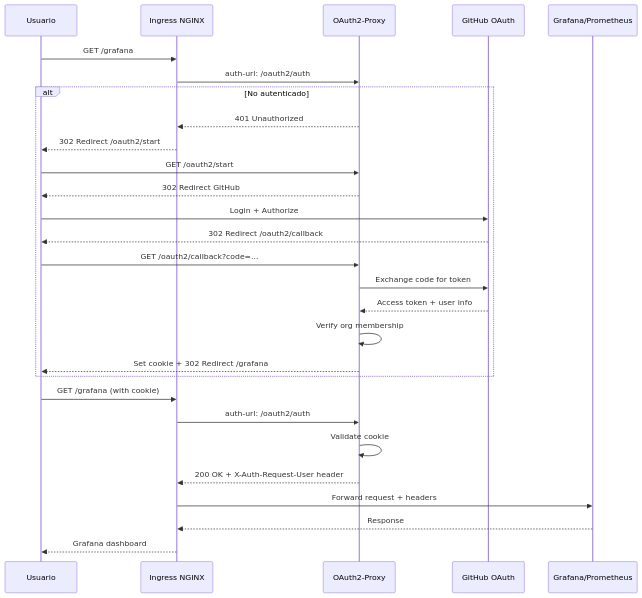
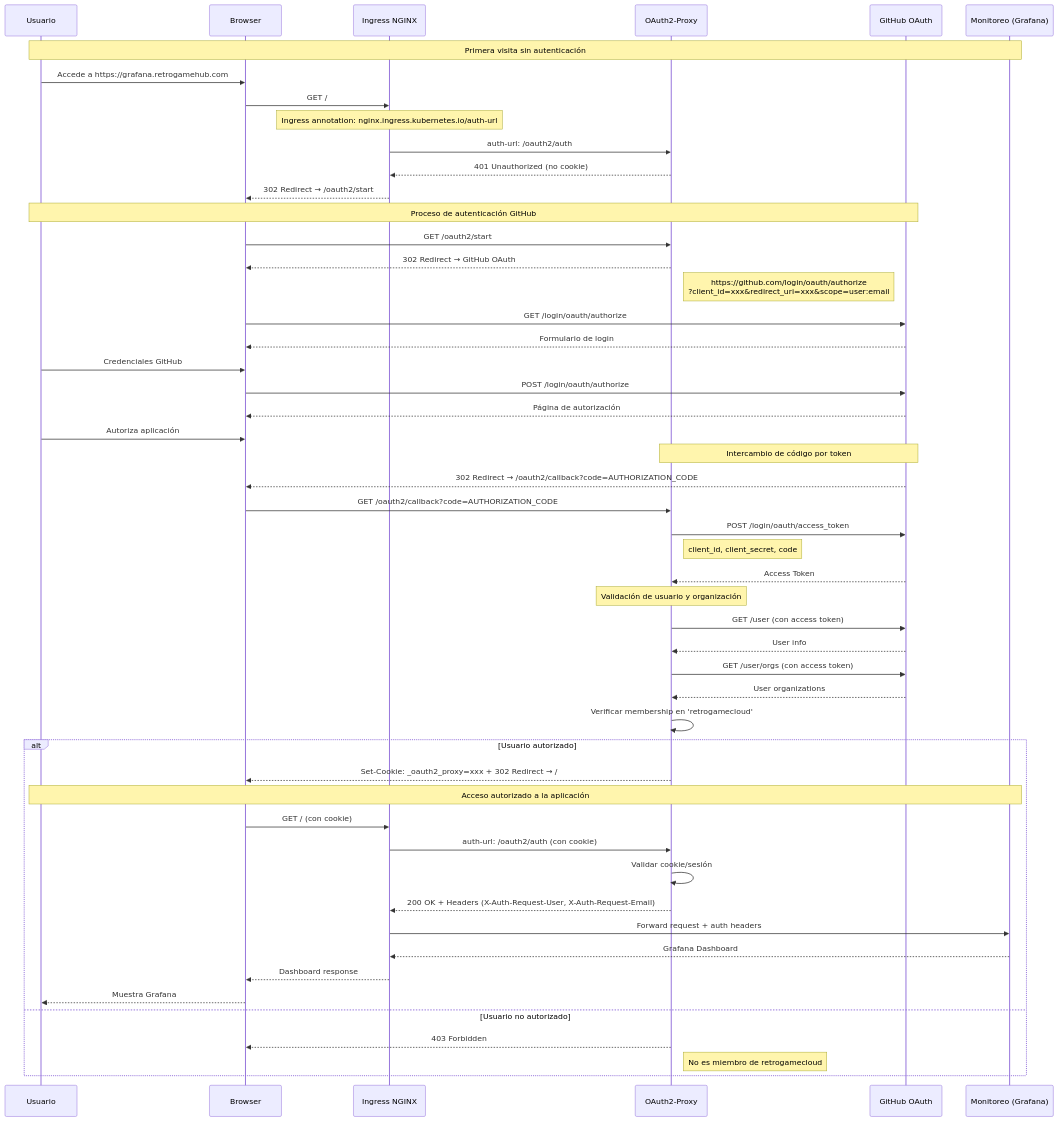
Before and after one commit to retrogamecloud/docs: the first of 2 diagrams in infrastructure/oauth2-authentication.mdx, drawn with Mermaid. The commit also changed other lines of this file and 31 other files, not shown here.

````diff
--- a/infrastructure/oauth2-authentication.mdx
+++ b/infrastructure/oauth2-authentication.mdx
@@ -33,34 +35,64 @@
 ```mermaid
 sequenceDiagram
-    participant User as Usuario
-    participant NGINX as Ingress NGINX
-    participant OAuth2 as OAuth2-Proxy
-    participant GitHub as GitHub OAuth
-    participant Grafana as Grafana/Prometheus
+    participant U as Usuario
+    participant B as Browser
+    participant N as Ingress NGINX
+    participant O as OAuth2-Proxy
+    participant G as GitHub OAuth
+    participant M as Monitoreo (Grafana)
 
-    User->>NGINX: GET /grafana
-    NGINX->>OAuth2: auth-url: /oauth2/auth
+    Note over U,M: Primera visita sin autenticación
 
-    alt No autenticado
-        OAuth2-->>NGINX: 401 Unauthorized
-        NGINX-->>User: 302 Redirect /oauth2/start
-        User->>OAuth2: GET /oauth2/start
-        OAuth2-->>User: 302 Redirect GitHub
-        User->>GitHub: Login + Authorize
-        GitHub-->>User: 302 Redirect /oauth2/callback
-        User->>OAuth2: GET /oauth2/callback?code=...
-        OAuth2->>GitHub: Exchange code for token
-        GitHub-->>OAuth2: Access token + user info
-        OAuth2->>OAuth2: Verify org membership
-        OAuth2-->>User: Set cookie + 302 Redirect /grafana
+    U->>B: Accede a https://grafana.retrogamehub.com
+    B->>N: GET /
+    
+    Note over N: Ingress annotation: nginx.ingress.kubernetes.io/auth-url
+    N->>O: auth-url: /oauth2/auth
+    O-->>N: 401 Unauthorized (no cookie)
+    N-->>B: 302 Redirect → /oauth2/start
+    
+    Note over U,G: Proceso de autenticación GitHub
+    
+    B->>O: GET /oauth2/start
+    O-->>B: 302 Redirect → GitHub OAuth
+    Note right of O: https://github.com/login/oauth/authorize<br/>?client_id=xxx&redirect_uri=xxx&scope=user:email
+    
+    B->>G: GET /login/oauth/authorize
+    G-->>B: Formulario de login
+    U->>B: Credenciales GitHub
+    B->>G: POST /login/oauth/authorize
+    G-->>B: Página de autorización
+    U->>B: Autoriza aplicación
+    
+    Note over G,O: Intercambio de código por token
+    
+    G-->>B: 302 Redirect → /oauth2/callback?code=AUTHORIZATION_CODE
+    B->>O: GET /oauth2/callback?code=AUTHORIZATION_CODE
+    O->>G: POST /login/oauth/access_token
+    Note right of O: client_id, client_secret, code
+    G-->>O: Access Token
+    
+    Note over O: Validación de usuario y organización
+    
+    O->>G: GET /user (con access token)
+    G-->>O: User info
+    O->>G: GET /user/orgs (con access token)
+    G-->>O: User organizations
+    O->>O: Verificar membership en 'retrogamecloud'
+    
+    alt Usuario autorizado
+        O-->>B: Set-Cookie: _oauth2_proxy=xxx + 302 Redirect → /
+        Note over U,M: Acceso autorizado a la aplicación
+        B->>N: GET / (con cookie)
+        N->>O: auth-url: /oauth2/auth (con cookie)
+        O->>O: Validar cookie/sesión
+        O-->>N: 200 OK + Headers (X-Auth-Request-User, X-Auth-Request-Email)
+        N->>M: Forward request + auth headers
+        M-->>N: Grafana Dashboard
+        N-->>B: Dashboard response
+        B-->>U: Muestra Grafana
+    else Usuario no autorizado
+        O-->>B: 403 Forbidden
+        Note right of O: No es miembro de retrogamecloud
     end
-
-    User->>NGINX: GET /grafana (with cookie)
-    NGINX->>OAuth2: auth-url: /oauth2/auth
-    OAuth2->>OAuth2: Validate cookie
-    OAuth2-->>NGINX: 200 OK + X-Auth-Request-User header
-    NGINX->>Grafana: Forward request + headers
-    Grafana-->>NGINX: Response
-    NGINX-->>User: Grafana dashboard
-
 ```
````
